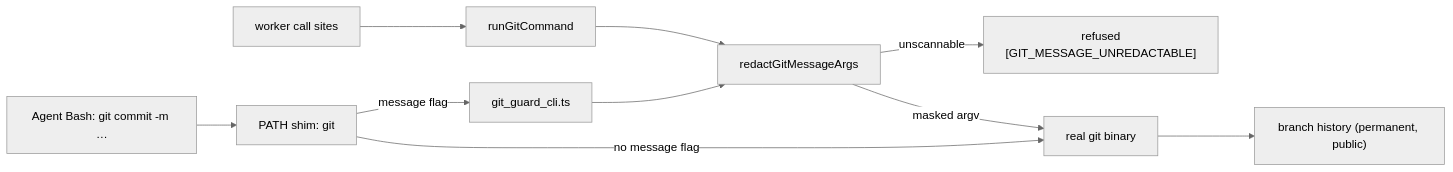
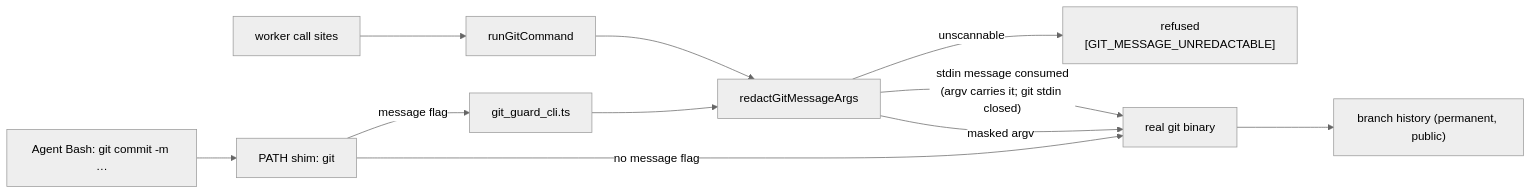
Before and after one commit to stSoftwareAU/VibeCoder: the tenth of 11 diagrams in SECURITY.md, drawn with Mermaid (neutral theme). The commit also changed other lines of this file and 13 other files, not shown here.

First line of the commit message:
Scan and forward a git message piped on stdin instead of refusing it

````diff
--- a/SECURITY.md
+++ b/SECURITY.md
@@ -1701,12 +1701,13 @@
 ```mermaid
 flowchart LR
     W["worker call sites"] --> RG["runGitCommand"]
     A["Agent Bash: git commit -m …"] --> S["PATH shim: git"]
     S -->|"no message flag"| B["real git binary"]
     S -->|"message flag"| G["git_guard_cli.ts"]
     RG --> X["redactGitMessageArgs"]
     G --> X
     X -->|"masked argv"| B
+    X -->|"stdin message consumed<br/>(argv carries it; git stdin closed)"| B
     X -->|"unscannable"| F["refused<br/>[GIT_MESSAGE_UNREDACTABLE]"]
     B --> H["branch history (permanent, public)"]
 ```
````
